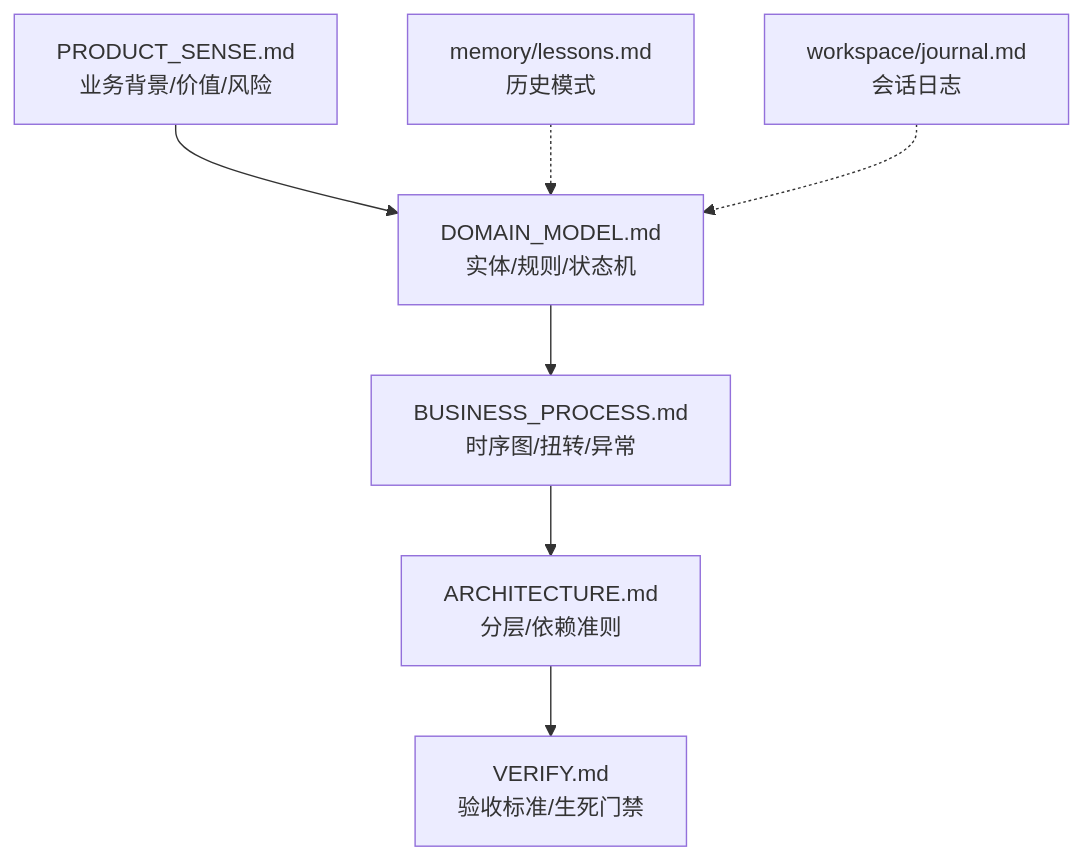
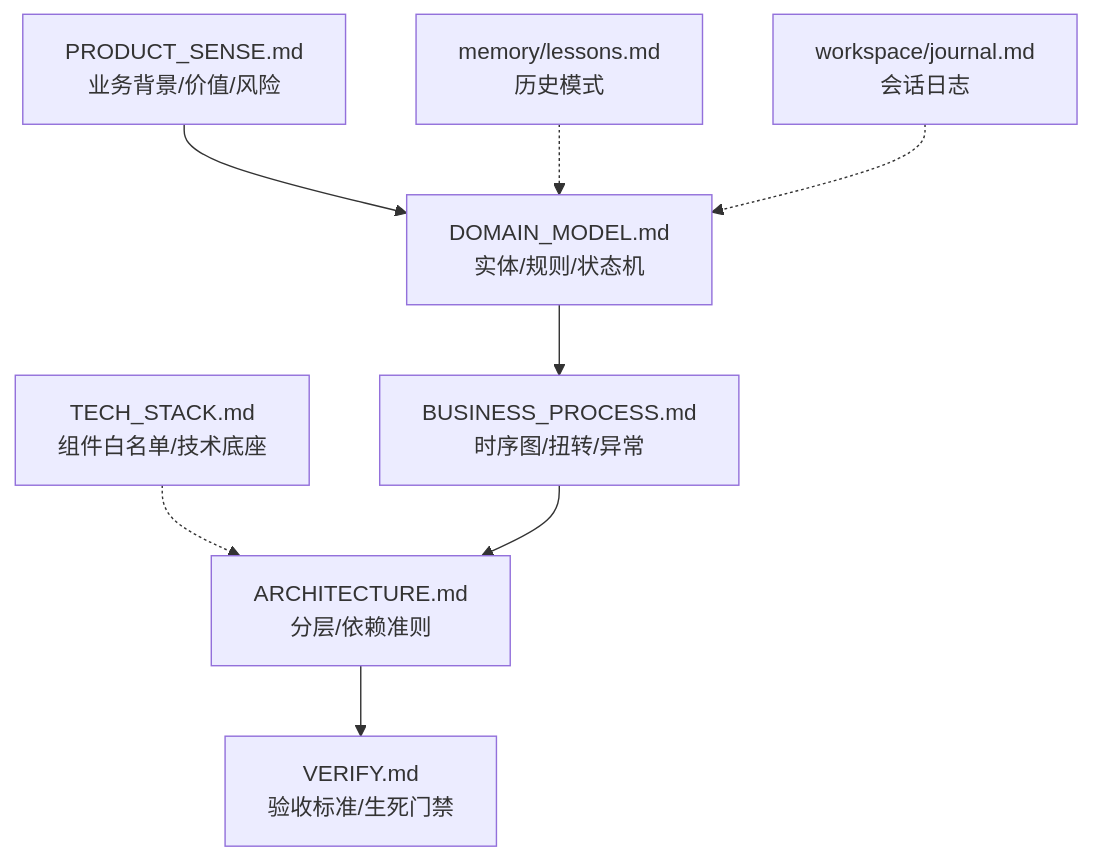
The diagram in harness/spec/README.md (ruqinhu/blueprintharness), drawn with Mermaid before and after one commit. The commit also changed other lines of this file and 11 other files, not shown here.

````diff
--- a/harness/spec/README.md
+++ b/harness/spec/README.md
@@ -9,10 +9,11 @@
 ```mermaid
 graph TD
+    TS[TECH_STACK.md<br/>组件白名单/技术底座] -.-> AR
     PS[PRODUCT_SENSE.md<br/>业务背景/价值/风险] --> DM[DOMAIN_MODEL.md<br/>实体/规则/状态机]
     DM --> BP[BUSINESS_PROCESS.md<br/>时序图/扭转/异常]
     BP --> AR[ARCHITECTURE.md<br/>分层/依赖准则]
     AR --> VR[VERIFY.md<br/>验收标准/生死门禁]
     
     ML[memory/lessons.md<br/>历史模式] -.-> DM
     WJ[workspace/journal.md<br/>会话日志] -.-> DM
 ```
````
